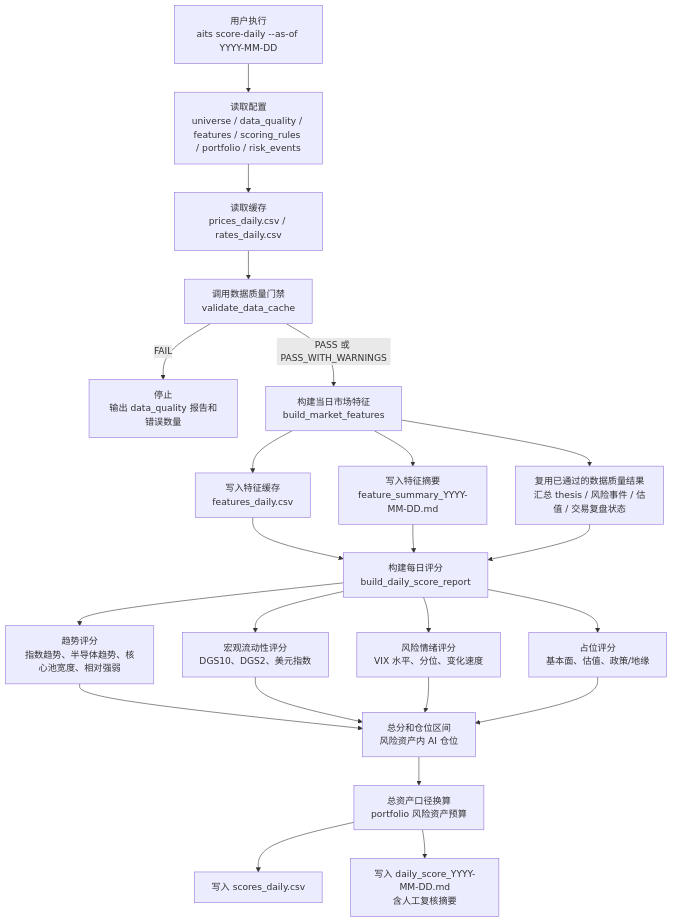
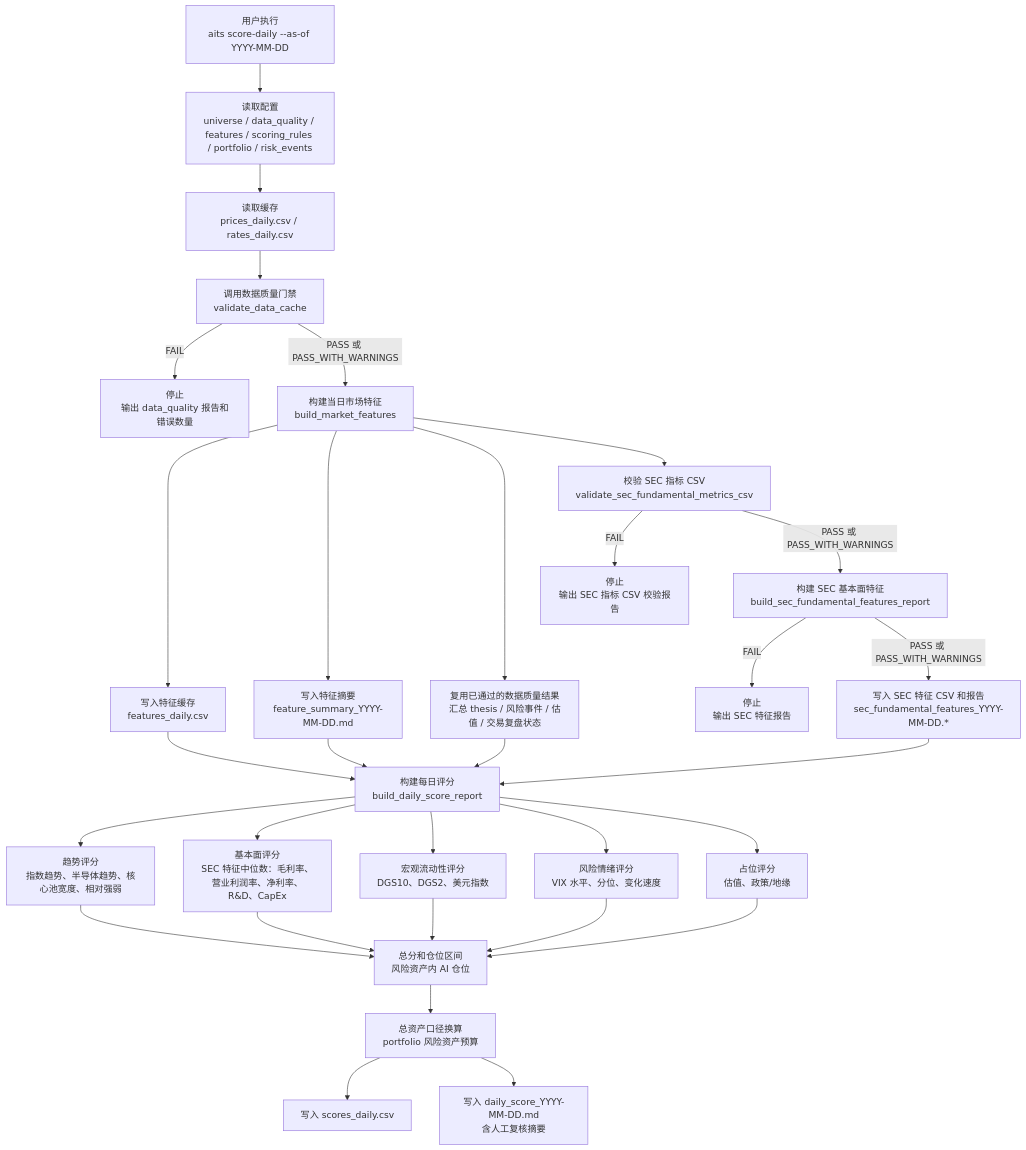
Before and after one commit to AI-Trading-Collaboration/AITradingSystem: the second of 5 diagrams in docs/system_flow.md, drawn with Mermaid. The commit also changed other lines of this file and 13 other files, not shown here.

````diff
--- a/docs/system_flow.md
+++ b/docs/system_flow.md
@@ -236,25 +243,33 @@
 ```mermaid
 flowchart TD
     A["用户执行<br/>aits score-daily --as-of YYYY-MM-DD"] --> B["读取配置<br/>universe / data_quality / features / scoring_rules / portfolio / risk_events"]
     B --> C["读取缓存<br/>prices_daily.csv / rates_daily.csv"]
     C --> D["调用数据质量门禁<br/>validate_data_cache"]
     D -->|FAIL| E["停止<br/>输出 data_quality 报告和错误数量"]
     D -->|PASS 或 PASS_WITH_WARNINGS| F["构建当日市场特征<br/>build_market_features"]
     F --> G["写入特征缓存<br/>features_daily.csv"]
     F --> H["写入特征摘要<br/>feature_summary_YYYY-MM-DD.md"]
     F --> R["复用已通过的数据质量结果<br/>汇总 thesis / 风险事件 / 估值 / 交易复盘状态"]
+    F --> S1["校验 SEC 指标 CSV<br/>validate_sec_fundamental_metrics_csv"]
+    S1 -->|FAIL| S2["停止<br/>输出 SEC 指标 CSV 校验报告"]
+    S1 -->|PASS 或 PASS_WITH_WARNINGS| S3["构建 SEC 基本面特征<br/>build_sec_fundamental_features_report"]
+    S3 -->|FAIL| S4["停止<br/>输出 SEC 特征报告"]
+    S3 -->|PASS 或 PASS_WITH_WARNINGS| S5["写入 SEC 特征 CSV 和报告<br/>sec_fundamental_features_YYYY-MM-DD.*"]
     G --> I["构建每日评分<br/>build_daily_score_report"]
     H --> I
     R --> I
+    S5 --> I
     I --> J["趋势评分<br/>指数趋势、半导体趋势、核心池宽度、相对强弱"]
+    I --> F1["基本面评分<br/>SEC 特征中位数：毛利率、营业利润率、净利率、R&D、CapEx"]
     I --> K["宏观流动性评分<br/>DGS10、DGS2、美元指数"]
     I --> L["风险情绪评分<br/>VIX 水平、分位、变化速度"]
-    I --> M["占位评分<br/>基本面、估值、政策/地缘"]
+    I --> M["占位评分<br/>估值、政策/地缘"]
     J --> N["总分和仓位区间<br/>风险资产内 AI 仓位"]
+    F1 --> N
     K --> N
     L --> N
     M --> N
     N --> O["总资产口径换算<br/>portfolio 风险资产预算"]
     O --> P["写入 scores_daily.csv"]
     O --> Q["写入 daily_score_YYYY-MM-DD.md<br/>含人工复核摘要"]
 ```
````
